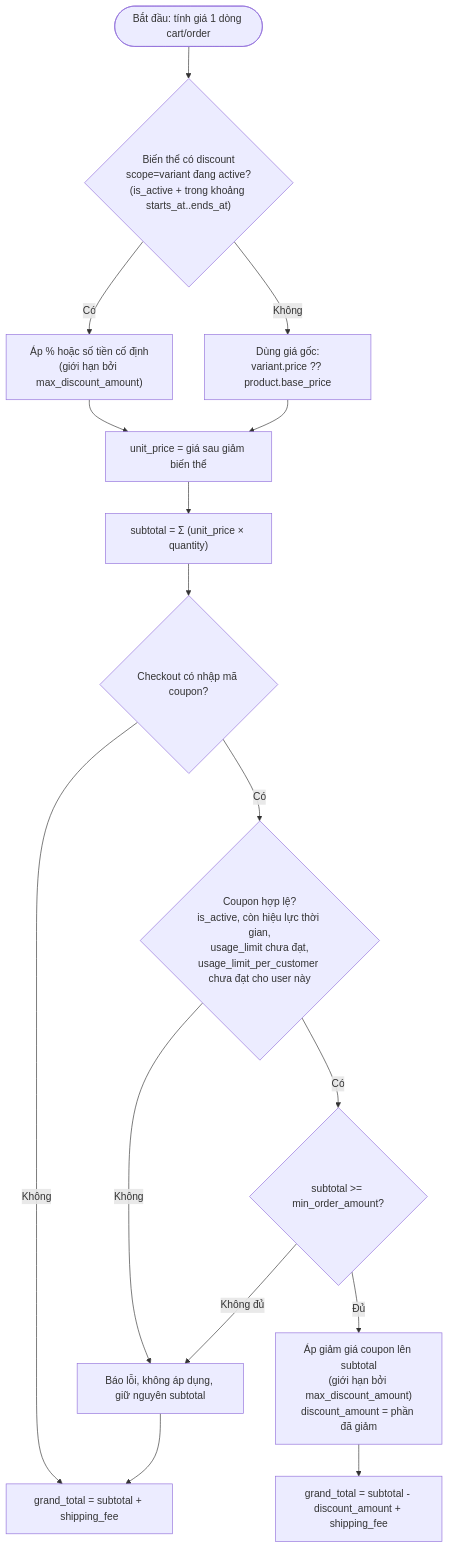
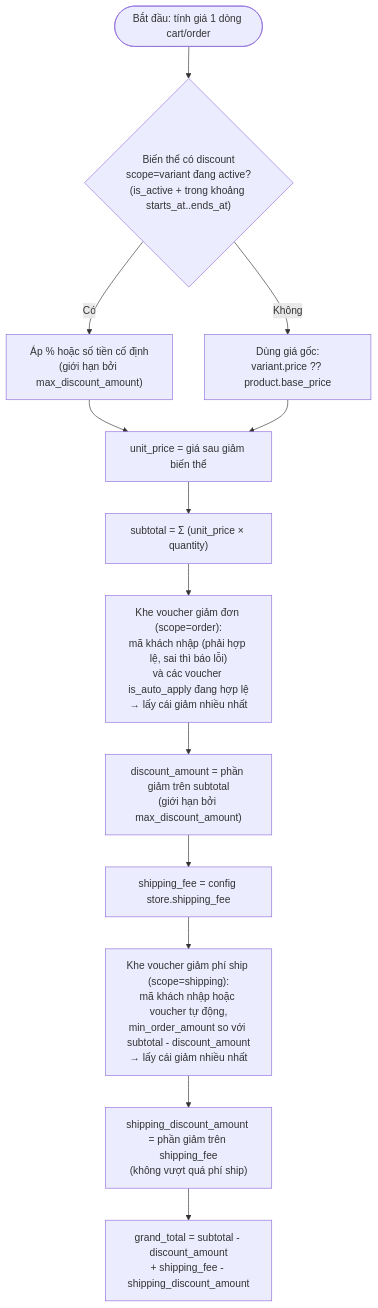
The fourth of 6 diagrams in BUSINESS_FLOWS.md (Thinha1/fashion-store), drawn with Mermaid before and after one commit. The commit also changed other lines of this file and 26 other files, not shown here.

First line of the commit message:
Vouchers: shipping-fee vouchers and automatic vouchers on the discount screen

````diff
--- a/BUSINESS_FLOWS.md
+++ b/BUSINESS_FLOWS.md
@@ -157,21 +157,17 @@
 ```mermaid
 flowchart TD
     S(["Bắt đầu: tính giá 1 dòng cart/order"]) --> V{"Biến thể có discount\nscope=variant đang active?\n(is_active + trong khoảng starts_at..ends_at)"}
     V -->|Có| VP["Áp % hoặc số tiền cố định\n(giới hạn bởi max_discount_amount)"]
     V -->|Không| VN["Dùng giá gốc:\nvariant.price ?? product.base_price"]
     VP --> UP["unit_price = giá sau giảm biến thể"]
     VN --> UP
 
     UP --> T["subtotal = Σ (unit_price × quantity)"]
 
-    T --> C{"Checkout có nhập mã coupon?"}
-    C -->|Không| G["grand_total = subtotal + shipping_fee"]
-    C -->|Có| CV{"Coupon hợp lệ?\nis_active, còn hiệu lực thời gian,\nusage_limit chưa đạt,\nusage_limit_per_customer chưa đạt cho user này"}
-    CV -->|Không| CE["Báo lỗi, không áp dụng, giữ nguyên subtotal"]
-    CV -->|Có| CM{"subtotal >= min_order_amount?"}
-    CM -->|Không đủ| CE
-    CM -->|Đủ| CA["Áp giảm giá coupon lên subtotal\n(giới hạn bởi max_discount_amount)\ndiscount_amount = phần đã giảm"]
-
-    CE --> G
-    CA --> G2["grand_total = subtotal - discount_amount + shipping_fee"]
+    T --> O["Khe voucher giảm đơn (scope=order):\nmã khách nhập (phải hợp lệ, sai thì báo lỗi)\nvà các voucher is_auto_apply đang hợp lệ\n→ lấy cái giảm nhiều nhất"]
+    O --> OA["discount_amount = phần giảm trên subtotal\n(giới hạn bởi max_discount_amount)"]
+    OA --> F["shipping_fee = config store.shipping_fee"]
+    F --> SH["Khe voucher giảm phí ship (scope=shipping):\nmã khách nhập hoặc voucher tự động,\nmin_order_amount so với subtotal - discount_amount\n→ lấy cái giảm nhiều nhất"]
+    SH --> SA["shipping_discount_amount = phần giảm trên shipping_fee\n(không vượt quá phí ship)"]
+    SA --> G["grand_total = subtotal - discount_amount\n+ shipping_fee - shipping_discount_amount"]
 ```
````
